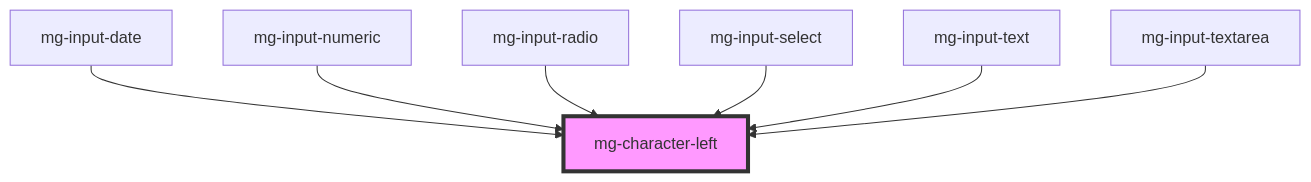
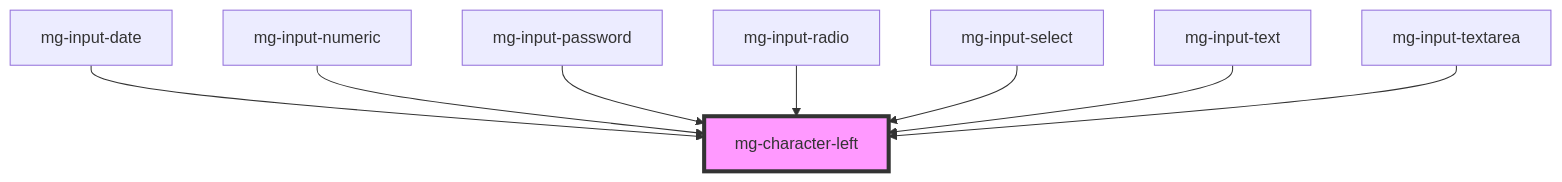
One commit to MGDIS/mg-components changed the diagram in src/components/atoms/mg-character-left/readme.md. Above: the diagram before and after it, drawn with Mermaid. The commit also changed other lines of this file and 43 other files, not shown here.

First line of the commit message:
feat(mg-input-password): add molecule

````diff
--- a/src/components/atoms/mg-character-left/readme.md
+++ b/src/components/atoms/mg-character-left/readme.md
@@ -28,10 +29,11 @@
 ```mermaid
 graph TD;
   mg-input-date --> mg-character-left
   mg-input-numeric --> mg-character-left
+  mg-input-password --> mg-character-left
   mg-input-radio --> mg-character-left
   mg-input-select --> mg-character-left
   mg-input-text --> mg-character-left
   mg-input-textarea --> mg-character-left
   style mg-character-left fill:#f9f,stroke:#333,stroke-width:4px
 ```
````
